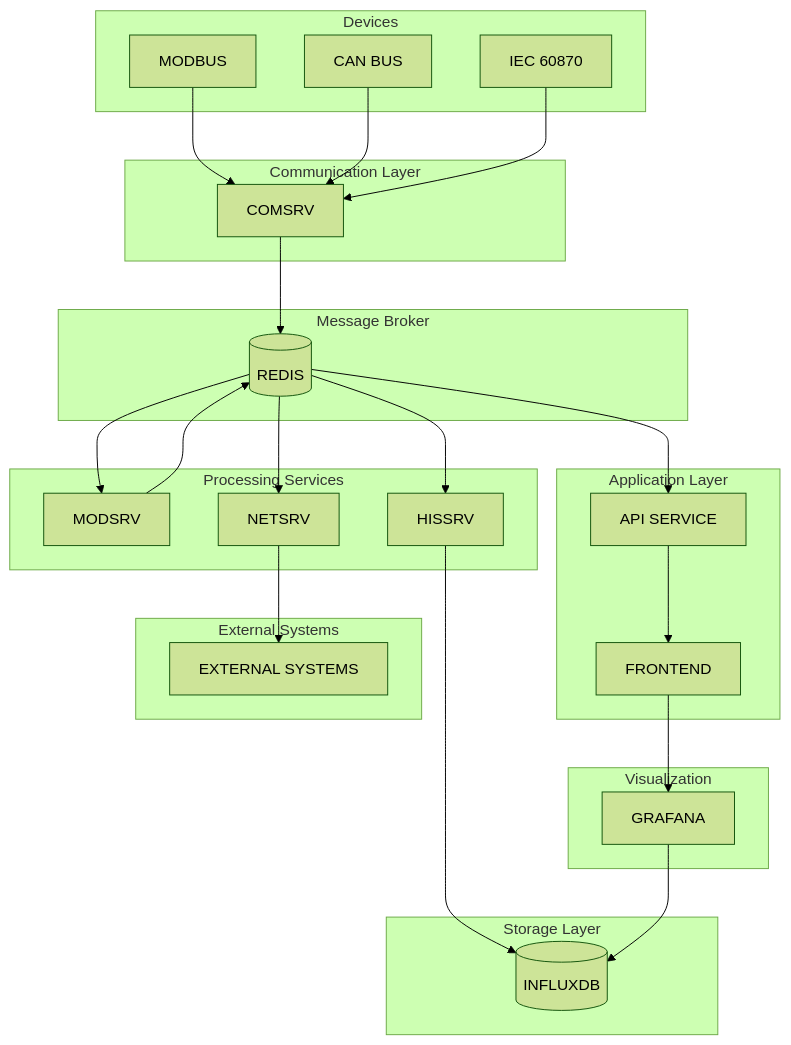
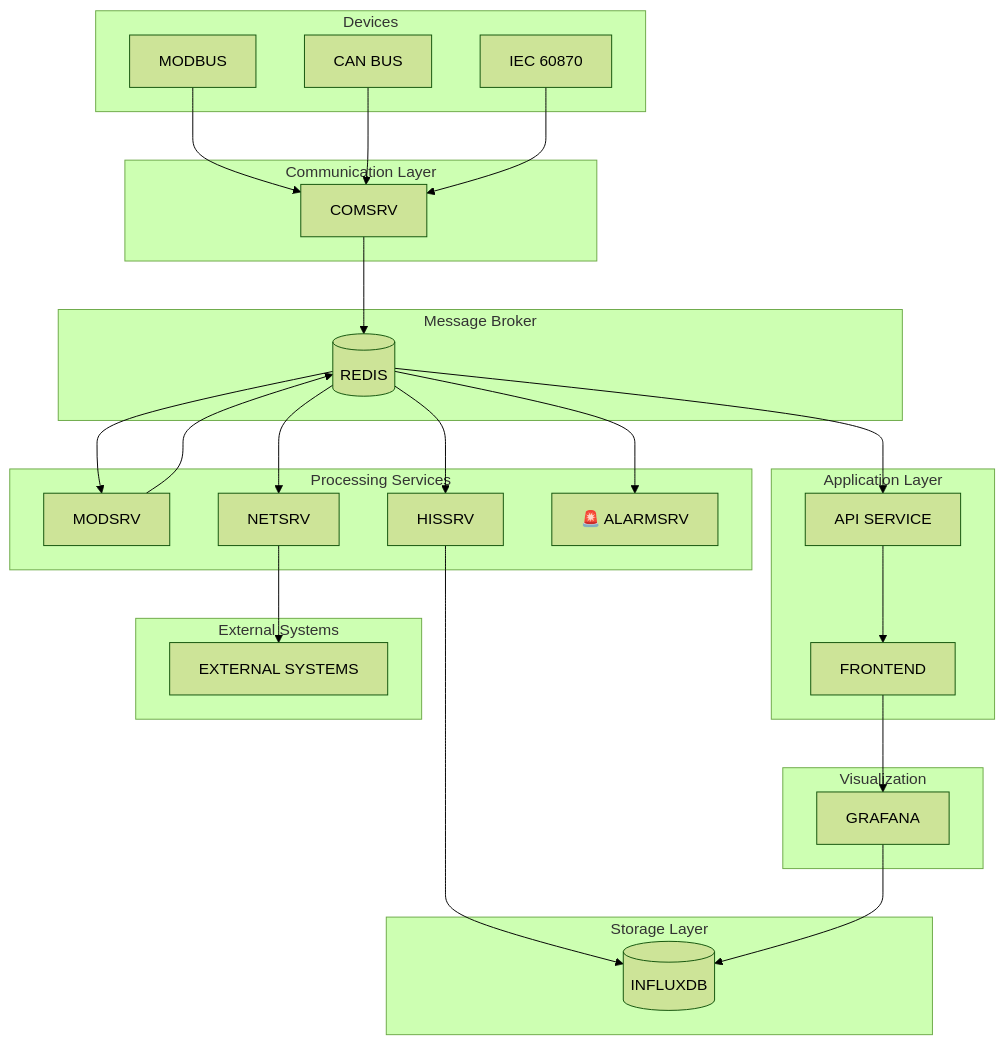
One commit to EvanL1/VoltageEMS changed the first of 2 diagrams in README.md. Above: the diagram before and after it, drawn with Mermaid (forest theme). The commit also changed other lines of this file and 9 other files, not shown here.

Commit message:
feat(alarmsrv): implement Redis configuration management with connection pooling and Unix socket support

````diff
--- a/README.md
+++ b/README.md
@@ -27,59 +37,61 @@
 ```mermaid
 graph TD
     subgraph "Devices"
         ModbusDev["MODBUS"]
         CANDev["CAN BUS"] 
         IECDev["IEC 60870"]
     end
   
     subgraph "Communication Layer"
         Comsrv["COMSRV"]
     end
   
     subgraph "Message Broker"
         Redis[("REDIS")]
     end
   
     subgraph "Processing Services"
         Modsrv["MODSRV"]
         Hissrv["HISSRV"]
         Netsrv["NETSRV"]
+        Alarmsrv["🚨 ALARMSRV"]
     end
   
     subgraph "Storage Layer"
         InfluxDB[("INFLUXDB")]
     end
   
     subgraph "Application Layer"
         API["API SERVICE"]
         Frontend["FRONTEND"]
     end
   
     subgraph "Visualization"
         Grafana["GRAFANA"]
     end
   
     subgraph "External Systems"
         ExternalSys["EXTERNAL SYSTEMS"]
     end
   
     %% Vertical data flow
     ModbusDev --> Comsrv
     CANDev --> Comsrv
     IECDev --> Comsrv
   
     Comsrv --> Redis
     Redis --> Modsrv
     Redis --> Hissrv
     Redis --> Netsrv
+    Redis --> Alarmsrv
   
     Hissrv --> InfluxDB
     Modsrv --> Redis
   
     Redis --> API
     API --> Frontend
     Frontend --> Grafana
     Grafana --> InfluxDB
   
     Netsrv --> ExternalSys
 ```
````
